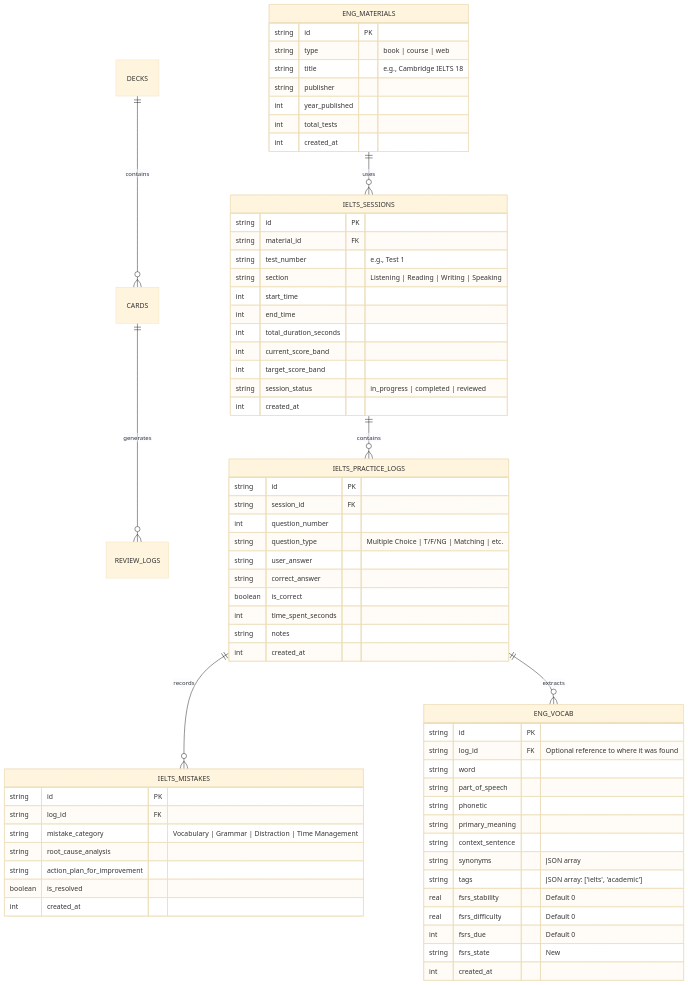
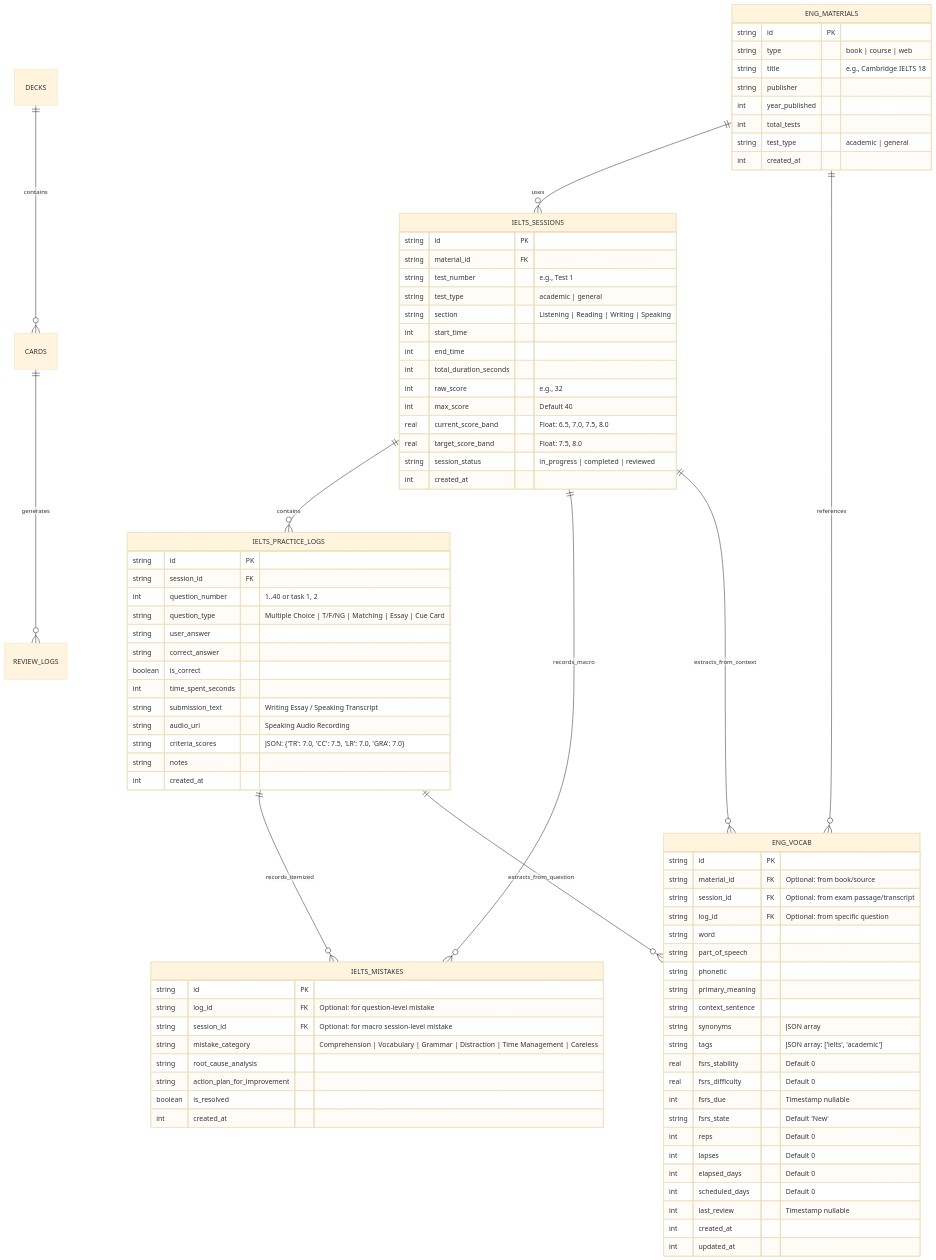
Before and after one commit to egbertbritannia-cpu/japanese-srs-system: the diagram in planning/08_PHASE_8_ENGLISH_IELTS_TRACKING.md, drawn with Mermaid (base theme). The commit also changed other lines of this file and 7 other files, not shown here.

Commit message:
fix(ielts): resolve logical flaws in Phase 8 plan, ERD, and UI implementation

````diff
--- a/planning/08_PHASE_8_ENGLISH_IELTS_TRACKING.md
+++ b/planning/08_PHASE_8_ENGLISH_IELTS_TRACKING.md
@@ -24,14 +25,17 @@
 ```mermaid
 erDiagram
-    %% Existing Japanese/Core Tables (Contextual Reference)
+    %% Existing Core Tables (Contextual Reference - Zero Regression)
     DECKS ||--o{ CARDS : contains
     CARDS ||--o{ REVIEW_LOGS : generates
 
-    %% New English/IELTS Tables
+    %% Phase 8 English/IELTS Tables
     ENG_MATERIALS ||--o{ IELTS_SESSIONS : uses
+    ENG_MATERIALS ||--o{ ENG_VOCAB : references
     IELTS_SESSIONS ||--o{ IELTS_PRACTICE_LOGS : contains
-    IELTS_PRACTICE_LOGS ||--o{ IELTS_MISTAKES : records
-    IELTS_PRACTICE_LOGS ||--o{ ENG_VOCAB : extracts
+    IELTS_SESSIONS ||--o{ IELTS_MISTAKES : records_macro
+    IELTS_SESSIONS ||--o{ ENG_VOCAB : extracts_from_context
+    IELTS_PRACTICE_LOGS ||--o{ IELTS_MISTAKES : records_itemized
+    IELTS_PRACTICE_LOGS ||--o{ ENG_VOCAB : extracts_from_question
 
     ENG_MATERIALS {
         string id PK
@@ -40,6 +44,7 @@
         string publisher
         int year_published
         int total_tests
+        string test_type "academic | general"
         int created_at
     }
 
@@ -47,12 +52,15 @@
         string id PK
         string material_id FK
         string test_number "e.g., Test 1"
+        string test_type "academic | general"
         string section "Listening | Reading | Writing | Speaking"
         int start_time
         int end_time
         int total_duration_seconds
-        int current_score_band
-        int target_score_band
+        int raw_score "e.g., 32"
+        int max_score "Default 40"
+        real current_score_band "Float: 6.5, 7.0, 7.5, 8.0"
+        real target_score_band "Float: 7.5, 8.0"
         string session_status "in_progress | completed | reviewed"
         int created_at
     }
@@ -60,20 +68,24 @@
     IELTS_PRACTICE_LOGS {
         string id PK
         string session_id FK
-        int question_number
-        string question_type "Multiple Choice | T/F/NG | Matching | etc."
+        int question_number "1..40 or task 1, 2"
+        string question_type "Multiple Choice | T/F/NG | Matching | Essay | Cue Card"
         string user_answer
         string correct_answer
         boolean is_correct
         int time_spent_seconds
+        string submission_text "Writing Essay / Speaking Transcript"
+        string audio_url "Speaking Audio Recording"
+        string criteria_scores "JSON: {'TR': 7.0, 'CC': 7.5, 'LR': 7.0, 'GRA': 7.0}"
         string notes
         int created_at
     }
 
     IELTS_MISTAKES {
         string id PK
-        string log_id FK
-        string mistake_category "Vocabulary | Grammar | Distraction | Time Management"
+        string log_id FK "Optional: for question-level mistake"
+        string session_id FK "Optional: for macro session-level mistake"
+        string mistake_category "Comprehension | Vocabulary | Grammar | Distraction | Time Management | Careless"
         string root_cause_analysis
         string action_plan_for_improvement
         boolean is_resolved
@@ -82,7 +94,9 @@
 
     ENG_VOCAB {
         string id PK
-        string log_id FK "Optional reference to where it was found"
+        string material_id FK "Optional: from book/source"
+        string session_id FK "Optional: from exam passage/transcript"
+        string log_id FK "Optional: from specific question"
         string word
         string part_of_speech
         string phonetic
@@ -91,12 +105,18 @@
         string synonyms "JSON array"
         string tags "JSON array: ['ielts', 'academic']"
 
-        %% Forward Compatibility with FSRS
+        %% Complete FSRS Engine Compatibility
         real fsrs_stability "Default 0"
         real fsrs_difficulty "Default 0"
-        int fsrs_due "Default 0"
-        string fsrs_state "New"
+        int fsrs_due "Timestamp nullable"
+        string fsrs_state "Default 'New'"
+        int reps "Default 0"
+        int lapses "Default 0"
+        int elapsed_days "Default 0"
+        int scheduled_days "Default 0"
+        int last_review "Timestamp nullable"
 
         int created_at
+        int updated_at
     }
 ```
````
